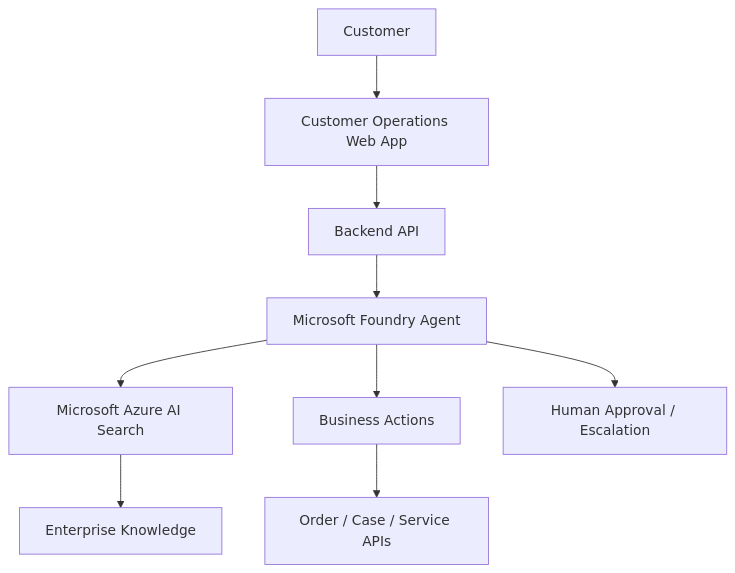
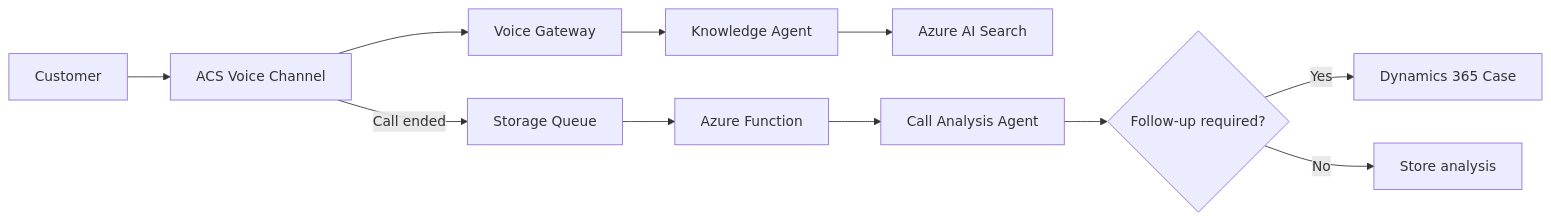
One commit to Liminghao0922/workshop-intelligent-customer-operations changed the diagram in docs/index.md. Above: the diagram before and after it, drawn with Mermaid. The commit also changed other lines of this file and 75 other files, not shown here.

First line of the commit message:
feat: Add Knowledge Agent and Voice Gateway for customer support calls

````diff
--- a/docs/index.md
+++ b/docs/index.md
@@ -47,11 +41,13 @@
 ```mermaid
-graph TD
-    A[Customer] --> B[Customer Operations Web App]
-    B --> C[Backend API]
-    C --> D[Microsoft Foundry Agent]
-    D --> E[Microsoft Azure AI Search]
-    E --> F[Enterprise Knowledge]
-    D --> G[Business Actions]
-    G --> H[Order / Case / Service APIs]
-    D --> I[Human Approval / Escalation]
+flowchart LR
+  Customer[Customer] --> ACS[ACS Voice Channel]
+  ACS --> Gateway[Voice Gateway]
+  Gateway --> Knowledge[Knowledge Agent]
+  Knowledge --> Search[Azure AI Search]
+  ACS -->|Call ended| Queue[Storage Queue]
+  Queue --> Function[Azure Function]
+  Function --> Analysis[Call Analysis Agent]
+  Analysis --> Decision{Follow-up required?}
+  Decision -->|Yes| Dynamics[Dynamics 365 Case]
+  Decision -->|No| Results[Store analysis]
 ```
````
